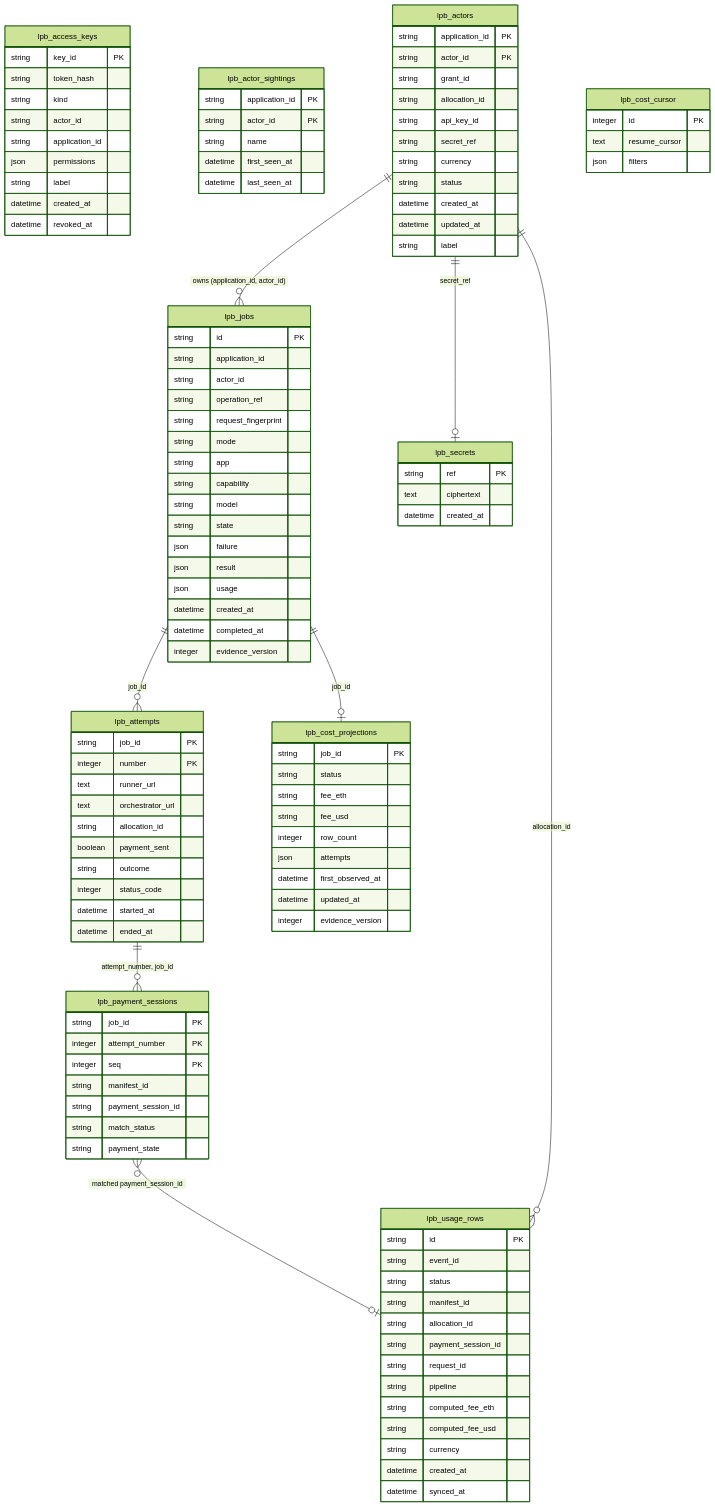
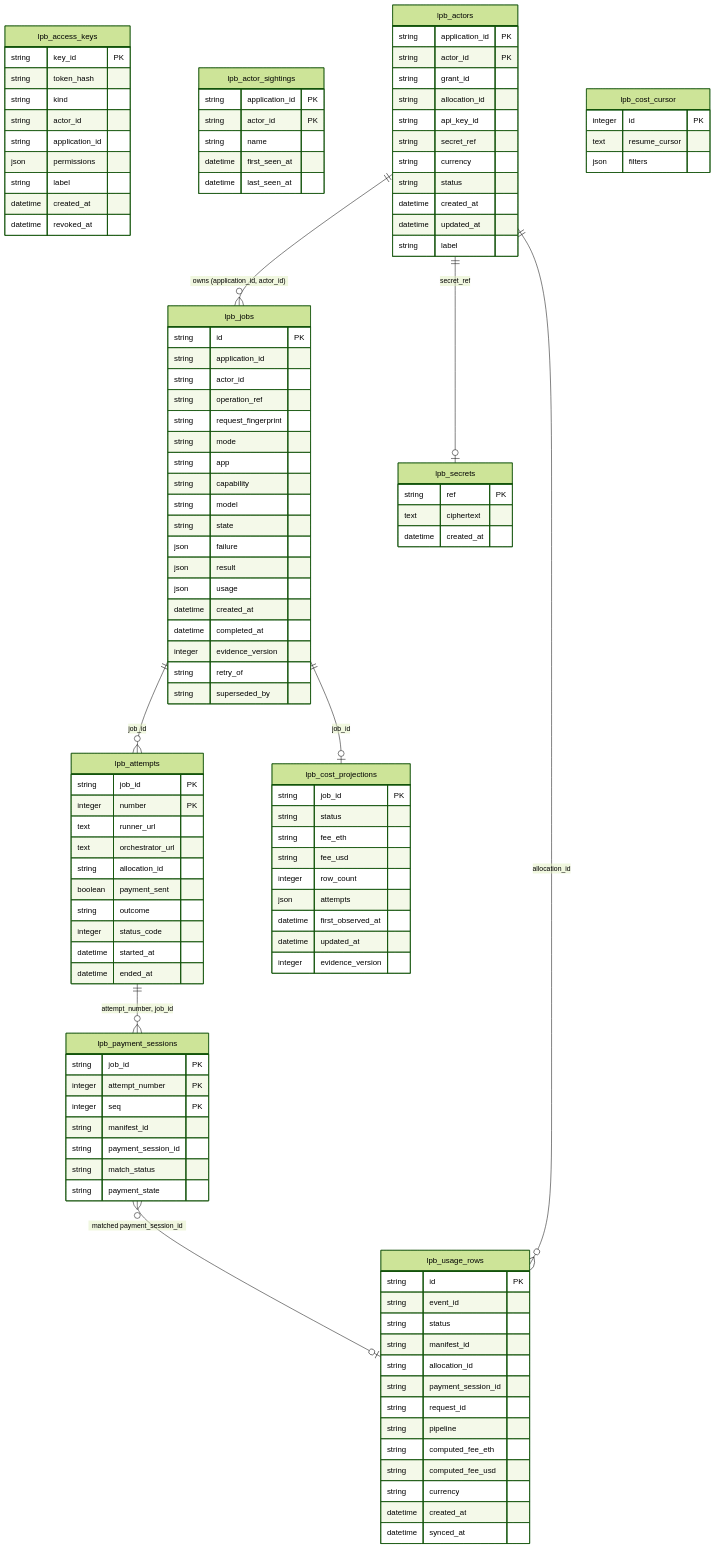
Before and after one commit to NE-Build-Track/livepeer-builder-core: the diagram in docs/generated/db-schema.md, drawn with Mermaid (forest theme). The commit also changed other lines of this file and 30 other files, not shown here.

```diff
--- a/docs/generated/db-schema.md
+++ b/docs/generated/db-schema.md
@@ -83,6 +83,8 @@
         datetime created_at
         datetime completed_at
         integer evidence_version
+        string retry_of
+        string superseded_by
     }
     lpb_payment_sessions {
         string job_id PK
```
